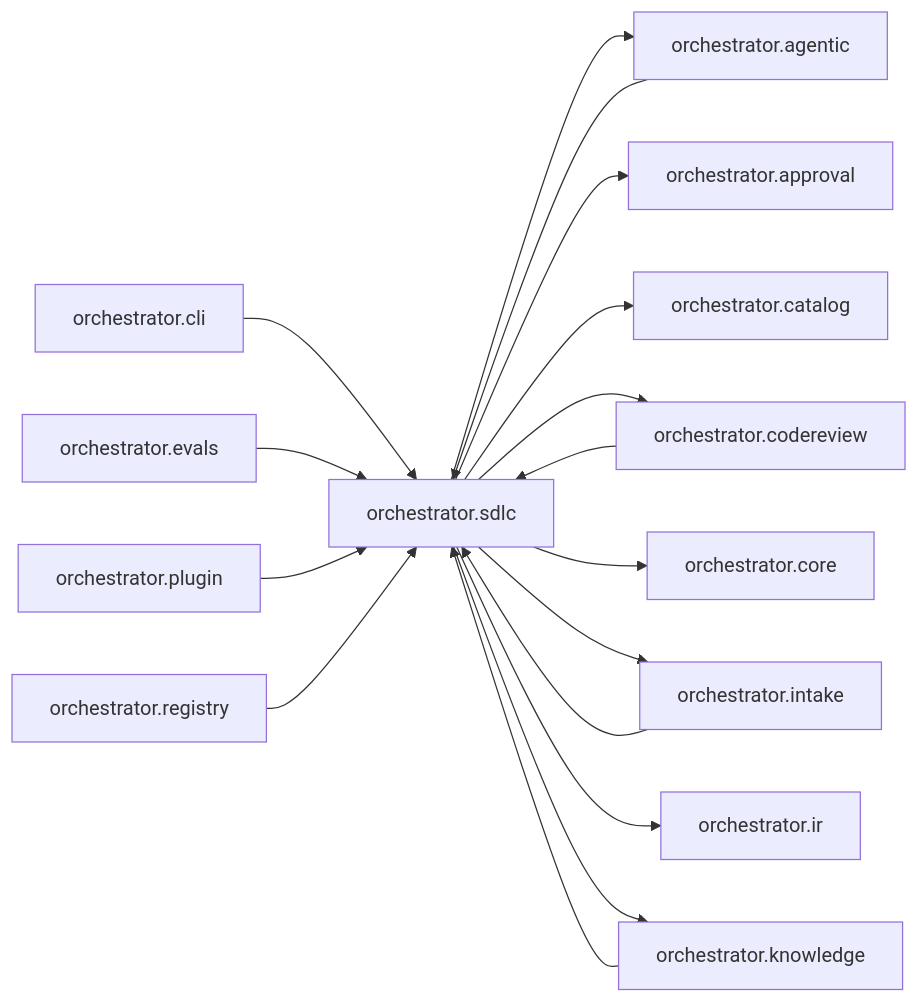
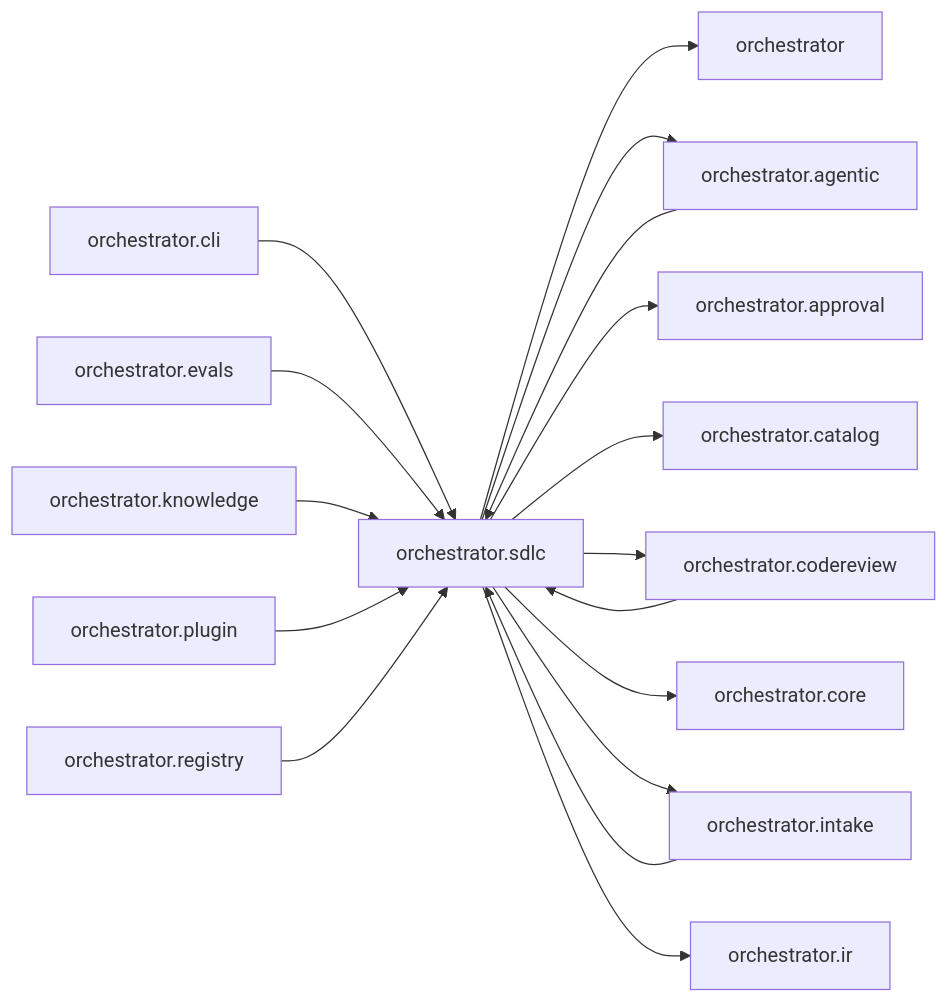
Before and after one commit to synaptixs/spine: the diagram in episteme/areas/orchestrator.sdlc.md, drawn with Mermaid. The commit also changed other lines of this file and 24 other files, not shown here.

````diff
--- a/episteme/areas/orchestrator.sdlc.md
+++ b/episteme/areas/orchestrator.sdlc.md
@@ -8,32 +8,33 @@
 ```mermaid
 flowchart LR
   n0["orchestrator.sdlc"]
   n1["orchestrator.agentic"]
   n2["orchestrator.cli"]
   n3["orchestrator.codereview"]
   n4["orchestrator.evals"]
   n5["orchestrator.intake"]
   n6["orchestrator.knowledge"]
   n7["orchestrator.plugin"]
   n8["orchestrator.registry"]
-  n9["orchestrator.approval"]
-  n10["orchestrator.catalog"]
-  n11["orchestrator.core"]
-  n12["orchestrator.ir"]
+  n9["orchestrator"]
+  n10["orchestrator.approval"]
+  n11["orchestrator.catalog"]
+  n12["orchestrator.core"]
+  n13["orchestrator.ir"]
   n1 --> n0
   n2 --> n0
   n3 --> n0
   n4 --> n0
   n5 --> n0
   n6 --> n0
   n7 --> n0
   n8 --> n0
+  n0 --> n9
   n0 --> n1
-  n0 --> n9
   n0 --> n10
+  n0 --> n11
   n0 --> n3
-  n0 --> n11
+  n0 --> n12
   n0 --> n5
-  n0 --> n12
-  n0 --> n6
+  n0 --> n13
 ```
````
